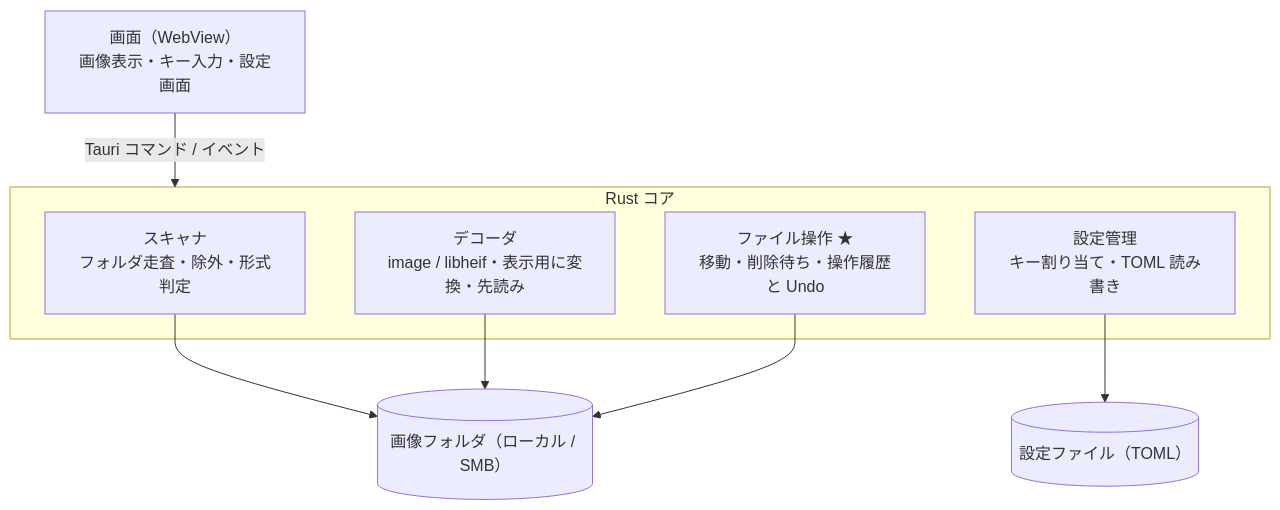
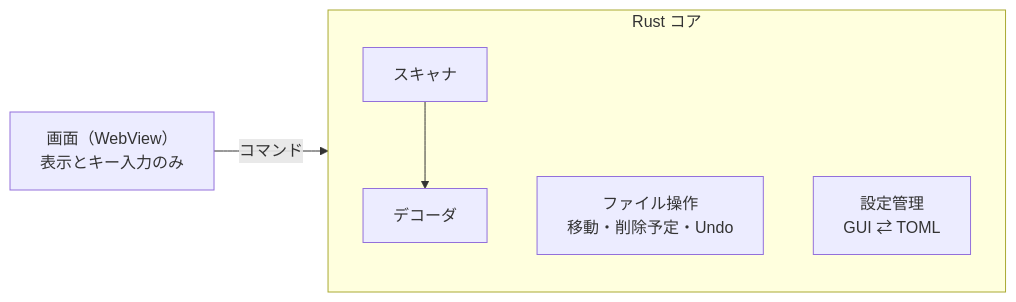
One commit to Laplusdestiny/lumiwake changed the diagram in docs/requirements.md. Above: the diagram before and after it, drawn with Mermaid. The commit also changed other lines of this file, not shown here.

````diff
--- a/docs/requirements.md
+++ b/docs/requirements.md
@@ -83,15 +83,9 @@
 ```mermaid
-flowchart TB
-  UI["画面（WebView）<br/>画像表示・キー入力・設定画面"]
-  subgraph CORE["Rust コア"]
-    SC["スキャナ<br/>フォルダ走査・除外・形式判定"]
-    DE["デコーダ<br/>image / libheif・表示用に変換・先読み"]
-    FO["ファイル操作 ★<br/>移動・削除待ち・操作履歴と Undo"]
-    CF["設定管理<br/>キー割り当て・TOML 読み書き"]
+flowchart LR
+  UI["画面（WebView）<br/>表示とキー入力のみ"] -->|コマンド| Core
+  subgraph Core["Rust コア"]
+    S[スキャナ] --> D[デコーダ]
+    F[ファイル操作<br/>移動・削除予定・Undo]
+    C[設定管理<br/>GUI ⇄ TOML]
   end
-  UI -- "Tauri コマンド / イベント" --> CORE
-  SC --> FS[("画像フォルダ（ローカル / SMB）")]
-  DE --> FS
-  FO --> FS
-  CF --> TOML[("設定ファイル（TOML）")]
 ```
````
